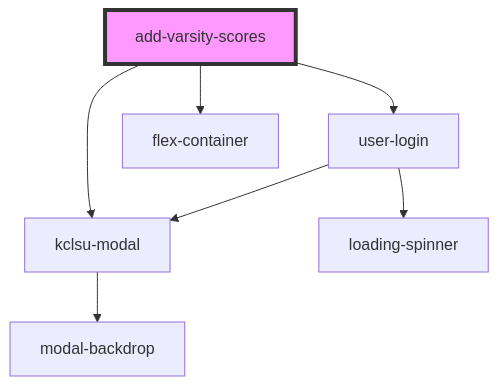
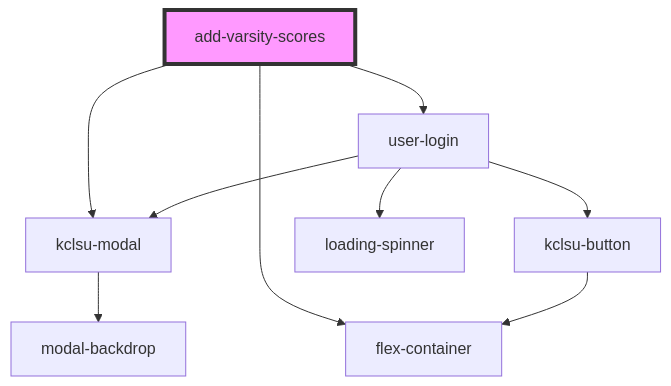
The diagram in src/components/projects/varsity/add-varsity-scores/readme.md (dev-kylo/component_library), drawn with Mermaid before and after one commit. The commit also changed other lines of this file and 46 other files, not shown here.

````diff
--- a/src/components/projects/varsity/add-varsity-scores/readme.md
+++ b/src/components/projects/varsity/add-varsity-scores/readme.md
@@ -24,10 +24,12 @@
 ```mermaid
 graph TD;
   add-varsity-scores --> user-login
   add-varsity-scores --> flex-container
   add-varsity-scores --> kclsu-modal
   user-login --> kclsu-modal
+  user-login --> kclsu-button
   user-login --> loading-spinner
   kclsu-modal --> modal-backdrop
+  kclsu-button --> flex-container
   style add-varsity-scores fill:#f9f,stroke:#333,stroke-width:4px
 ```
````
